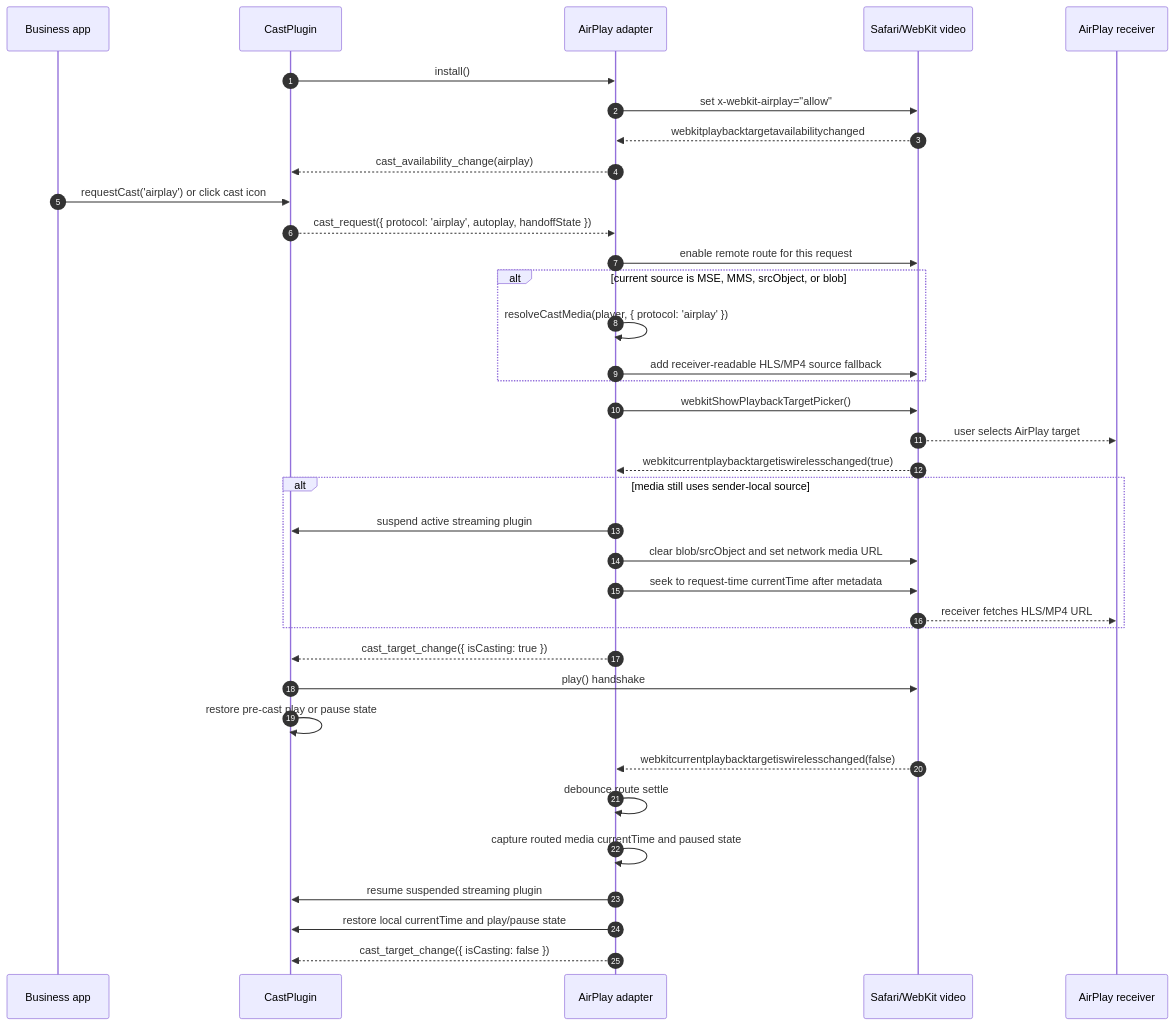
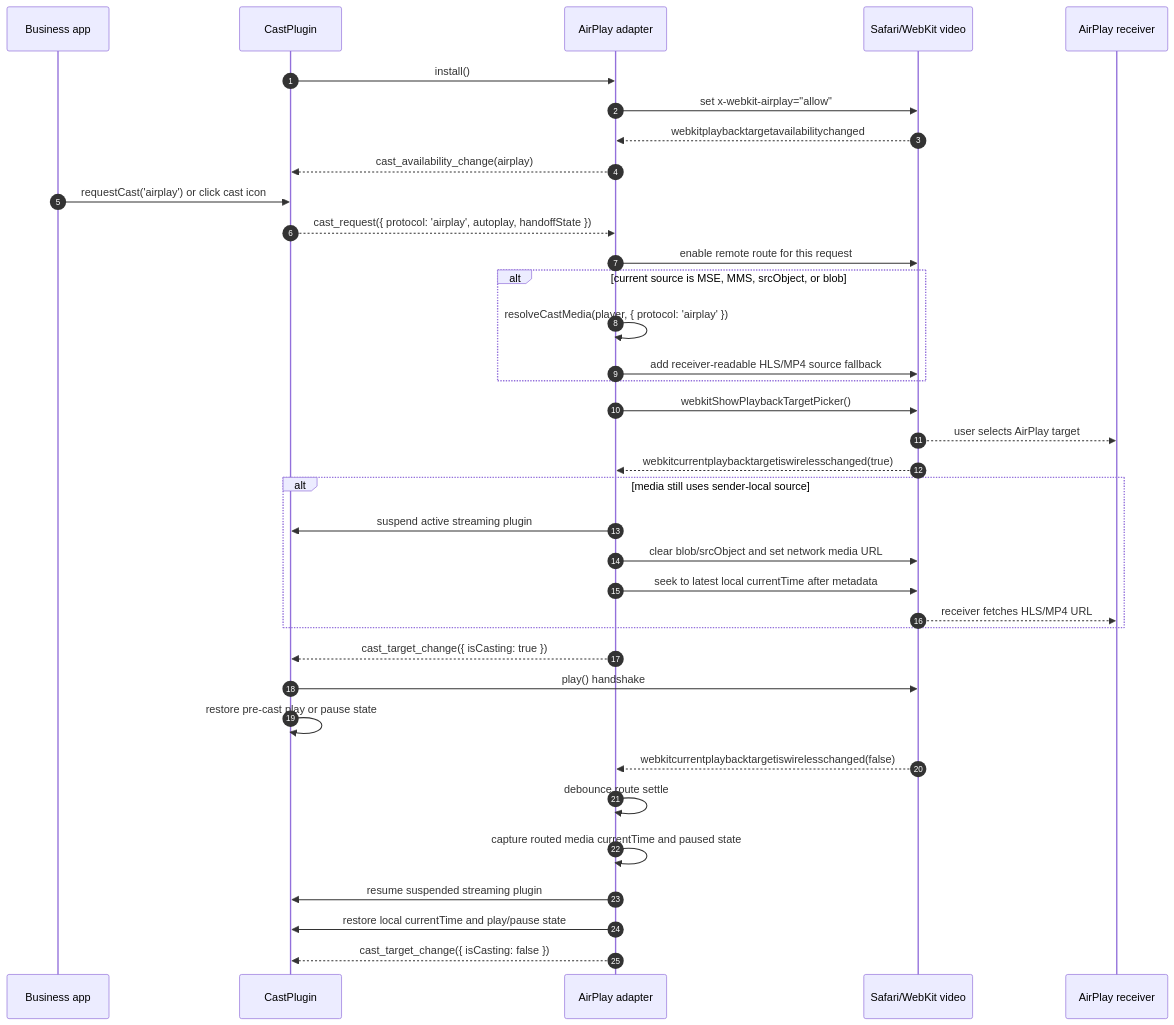
Before and after one commit to bytedance/xgplayer: the second of 2 diagrams in packages/xgplayer-cast/README.md, drawn with Mermaid. The commit also changed other lines of this file and 5 other files, not shown here.

````diff
--- a/packages/xgplayer-cast/README.md
+++ b/packages/xgplayer-cast/README.md
@@ -210,45 +214,45 @@
 ```mermaid
 sequenceDiagram
   autonumber
   participant App as Business app
   participant Plugin as CastPlugin
   participant AirPlay as AirPlay adapter
   participant WebKit as Safari/WebKit video
   participant Receiver as AirPlay receiver
 
   Plugin->>AirPlay: install()
   AirPlay->>WebKit: set x-webkit-airplay="allow"
   WebKit-->>AirPlay: webkitplaybacktargetavailabilitychanged
   AirPlay-->>Plugin: cast_availability_change(airplay)
 
   App->>Plugin: requestCast('airplay') or click cast icon
   Plugin-->>AirPlay: cast_request({ protocol: 'airplay', autoplay, handoffState })
   AirPlay->>WebKit: enable remote route for this request
 
   alt current source is MSE, MMS, srcObject, or blob
     AirPlay->>AirPlay: resolveCastMedia(player, { protocol: 'airplay' })
     AirPlay->>WebKit: add receiver-readable HLS/MP4 source fallback
   end
 
   AirPlay->>WebKit: webkitShowPlaybackTargetPicker()
   WebKit-->>Receiver: user selects AirPlay target
   WebKit-->>AirPlay: webkitcurrentplaybacktargetiswirelesschanged(true)
 
   alt media still uses sender-local source
     AirPlay->>Plugin: suspend active streaming plugin
     AirPlay->>WebKit: clear blob/srcObject and set network media URL
-    AirPlay->>WebKit: seek to request-time currentTime after metadata
+    AirPlay->>WebKit: seek to latest local currentTime after metadata
     WebKit-->>Receiver: receiver fetches HLS/MP4 URL
   end
 
   AirPlay-->>Plugin: cast_target_change({ isCasting: true })
   Plugin->>WebKit: play() handshake
   Plugin->>Plugin: restore pre-cast play or pause state
 
   WebKit-->>AirPlay: webkitcurrentplaybacktargetiswirelesschanged(false)
   AirPlay->>AirPlay: debounce route settle
   AirPlay->>AirPlay: capture routed media currentTime and paused state
   AirPlay->>Plugin: resume suspended streaming plugin
   AirPlay->>Plugin: restore local currentTime and play/pause state
   AirPlay-->>Plugin: cast_target_change({ isCasting: false })
 ```
````
